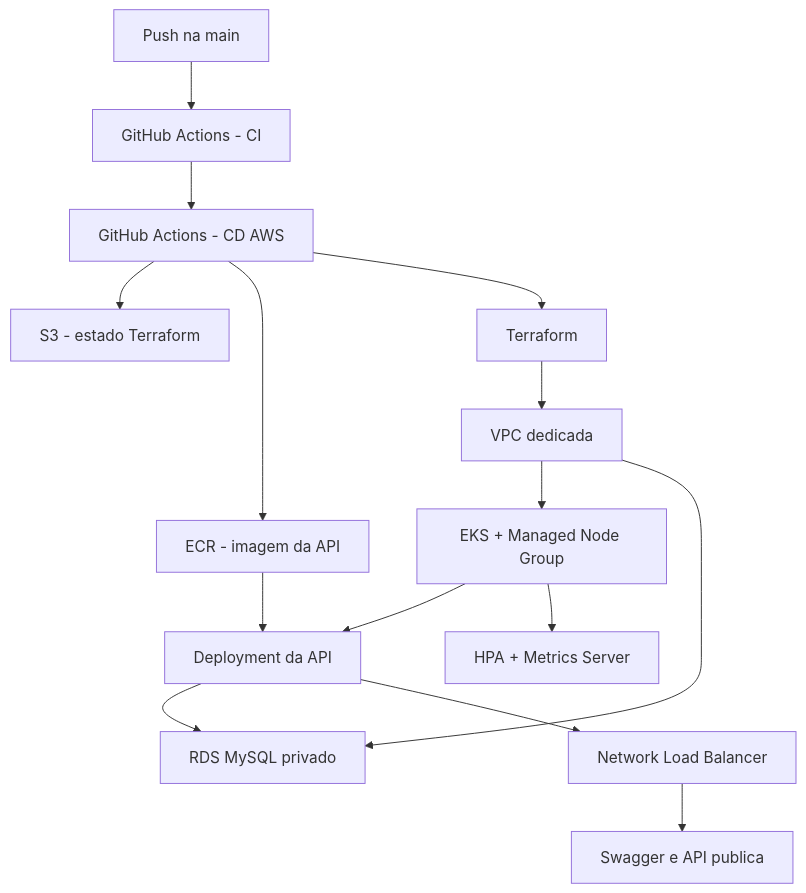
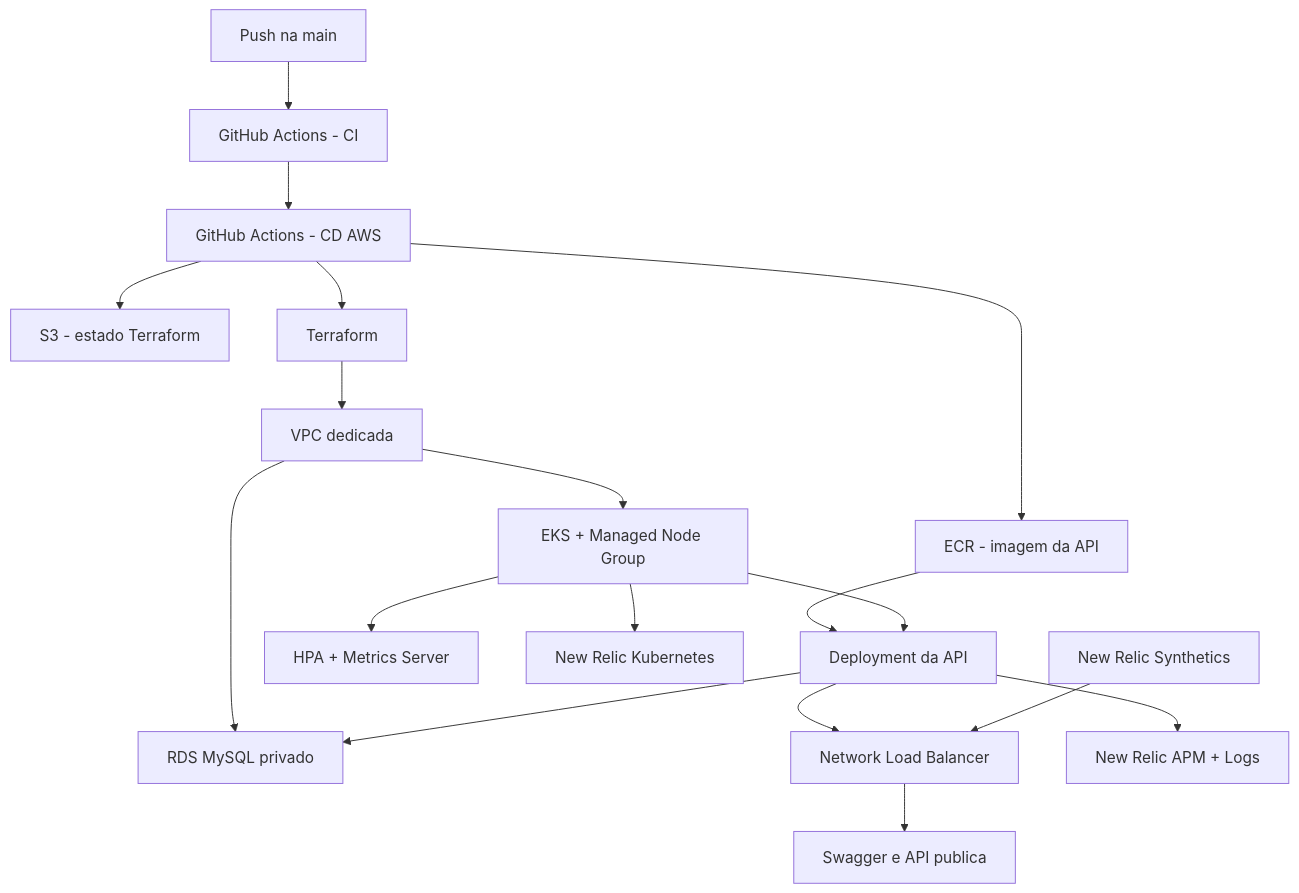
The first of 3 diagrams in README.md (kaziwon/techchallengerm372882), drawn with Mermaid before and after one commit. The commit also changed other lines of this file and 15 other files, not shown here.

````diff
--- a/README.md
+++ b/README.md
@@ -32,17 +33,20 @@
 ```mermaid
 flowchart TD
     DEV["Push na main"] --> CI["GitHub Actions - CI"]
     CI --> CD["GitHub Actions - CD AWS"]
     CD --> S3["S3 - estado Terraform"]
     CD --> ECR["ECR - imagem da API"]
     CD --> TF["Terraform"]
     TF --> VPC["VPC dedicada"]
     VPC --> EKS["EKS + Managed Node Group"]
     VPC --> RDS["RDS MySQL privado"]
     ECR --> API["Deployment da API"]
     EKS --> API
     EKS --> HPA["HPA + Metrics Server"]
     API --> RDS
     API --> LB["Network Load Balancer"]
     LB --> USER["Swagger e API publica"]
+    EKS --> NRK8S["New Relic Kubernetes"]
+    API --> NRAPM["New Relic APM + Logs"]
+    NRSYN["New Relic Synthetics"] --> LB
 ```
````
